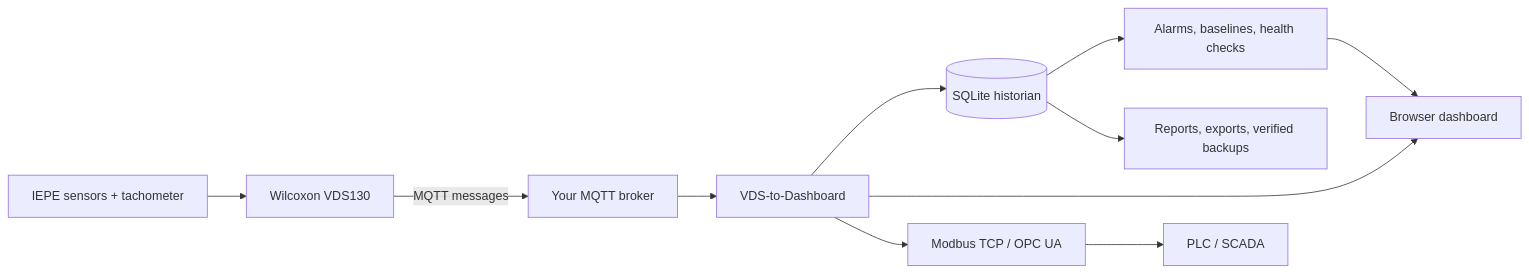
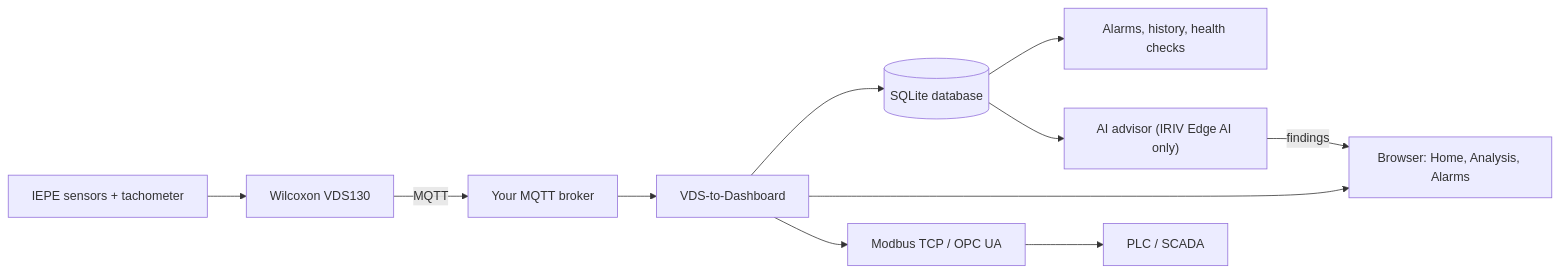
The diagram in README.md (dineshpalsingh1989/VDS-to-Dashboard), drawn with Mermaid before and after one commit. The commit also changed other lines of this file and 14 other files, not shown here.

````diff
--- a/README.md
+++ b/README.md
@@ -85,13 +178,11 @@
 ```mermaid
 flowchart LR
     Sensors["IEPE sensors + tachometer"] --> VDS["Wilcoxon VDS130"]
-    VDS -->|MQTT messages| Broker["Your MQTT broker"]
+    VDS -->|MQTT| Broker["Your MQTT broker"]
     Broker --> App["VDS-to-Dashboard"]
-    App --> DB[("SQLite historian")]
-    App --> UI["Browser dashboard"]
-    DB --> Analysis["Alarms, baselines, health checks"]
-    Analysis --> UI
-    DB --> Files["Reports, exports, verified backups"]
-    App --> Gateway["Modbus TCP / OPC UA"]
-    Gateway --> PLC["PLC / SCADA"]
+    App --> DB[("SQLite database")]
+    App --> UI["Browser: Home, Analysis, Alarms"]
+    DB --> Analysis["Alarms, history, health checks"]
+    App --> Gateway["Modbus TCP / OPC UA"] --> PLC["PLC / SCADA"]
+    DB --> AI["AI advisor (IRIV Edge AI only)"] -->|findings| UI
 ```
````
